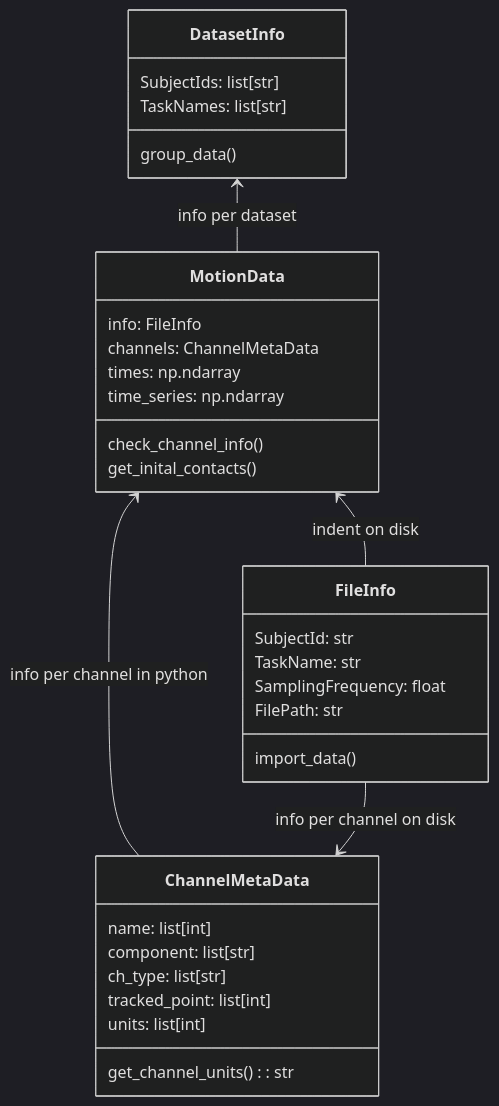
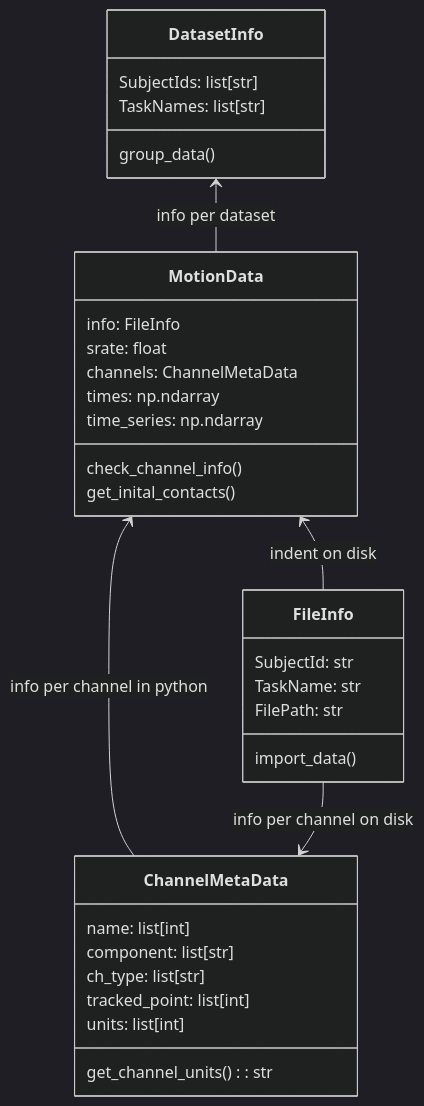
One commit to neurogeriatricskiel/KielMAT changed the diagram in README.md. Above: the diagram before and after it, drawn with Mermaid (dark theme). The commit also changed other lines of this file and 2 other files, not shown here.

Commit message:
update data classes

````diff
--- a/README.md
+++ b/README.md
@@ -35,39 +35,39 @@
 ```mermaid
 classDiagram
     class MotionData {
         info: FileInfo
+        srate: float
         channels: ChannelMetaData
         times: np.ndarray
         time_series: np.ndarray
         check_channel_info()
         get_inital_contacts()
     }
 
     class FileInfo {
         SubjectId: str
         TaskName: str
-        SamplingFrequency: float
         FilePath: str
         import_data()
     }
 
     class ChannelMetaData {
         name: list[int]
         component: list[str]
         ch_type: list[str]
         tracked_point: list[int]
         units: list[int]
         get_channel_units(): str
     }
 
     class DatasetInfo {
         SubjectIds: list[str]
         TaskNames: list[str]
         group_data()
     }
 
     MotionData <-- FileInfo: indent on disk
     MotionData <-- ChannelMetaData: info per channel in python
     DatasetInfo <-- MotionData: info per dataset
     FileInfo --> ChannelMetaData: info per channel on disk
 ```
````
